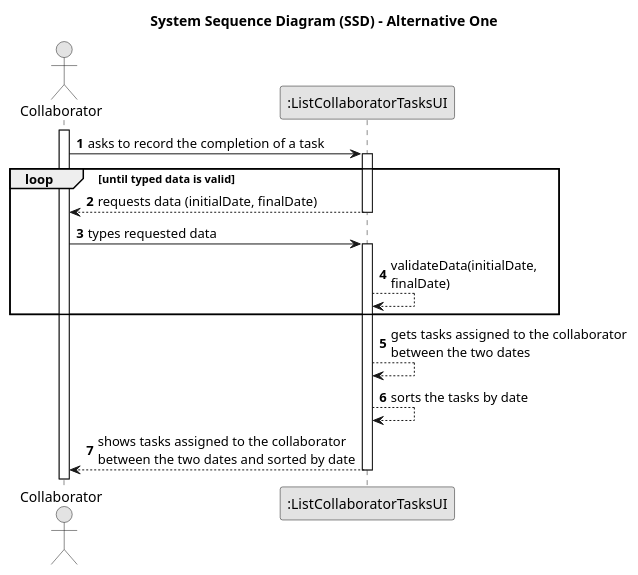
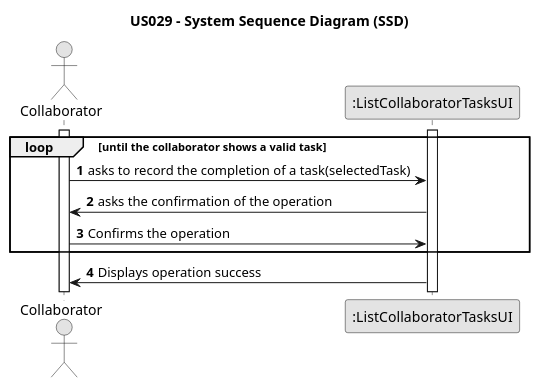
The diagram in docs/sprintC/us029/01.requirements-engineering/puml/us029-system-sequence-diagram.puml (Rui-San/LAPR2_2023_2024), drawn with PlantUML before and after one commit. The commit also changed 1 other file, not shown here.

Commit message:
US 28 & US 29 - kept working on SD & SSD

```diff
--- a/docs/sprintC/us029/01.requirements-engineering/puml/us029-system-sequence-diagram.puml
+++ b/docs/sprintC/us029/01.requirements-engineering/puml/us029-system-sequence-diagram.puml
@@ -1,31 +1,29 @@
 @startuml
 skinparam monochrome true
 skinparam packageStyle rectangle
 skinparam shadowing false
 
-title System Sequence Diagram (SSD) - Alternative One
+title US029 - System Sequence Diagram (SSD)
 
 autonumber
-
 actor "Collaborator" as Collaborator
 participant ":ListCollaboratorTasksUI" as UI
 
+
 activate Collaborator
+activate UI
 
-    Collaborator -> UI : asks to record the completion of a task
-    activate UI
+loop until the collaborator shows a valid task
+Collaborator -> UI: asks to record the completion of a task(selectedTask)
+UI -> Collaborator: asks the confirmation of the operation
+Collaborator -> UI: Confirms the operation
 
-loop until typed data is valid
-        UI --> Collaborator : requests data (initialDate, finalDate)
-    deactivate UI
+end loop
 
-    Collaborator -> UI : types requested data
-    activate UI
-        UI --> UI : validateData(initialDate,\nfinalDate)
-end loop
-        UI --> UI: gets tasks assigned to the collaborator\nbetween the two dates
-        UI--> UI: sorts the tasks by date
-        UI --> Collaborator : shows tasks assigned to the collaborator\nbetween the two dates and sorted by date
-    deactivate UI
+
+
+UI -> Collaborator: Displays operation success
+
+
 
 @enduml
```
